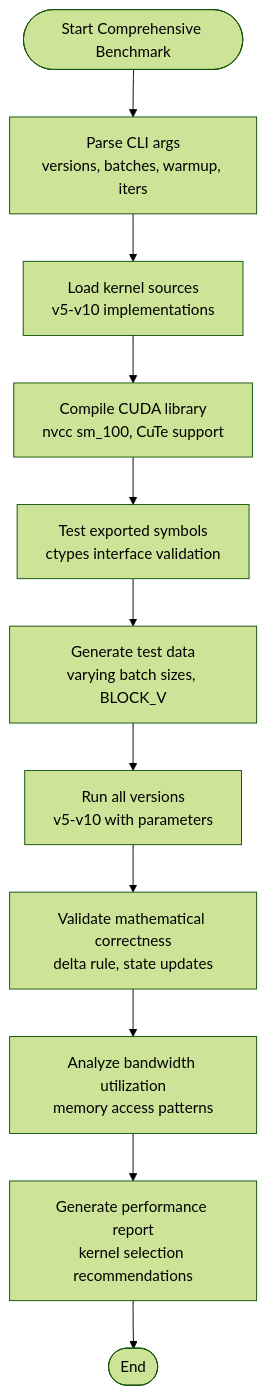
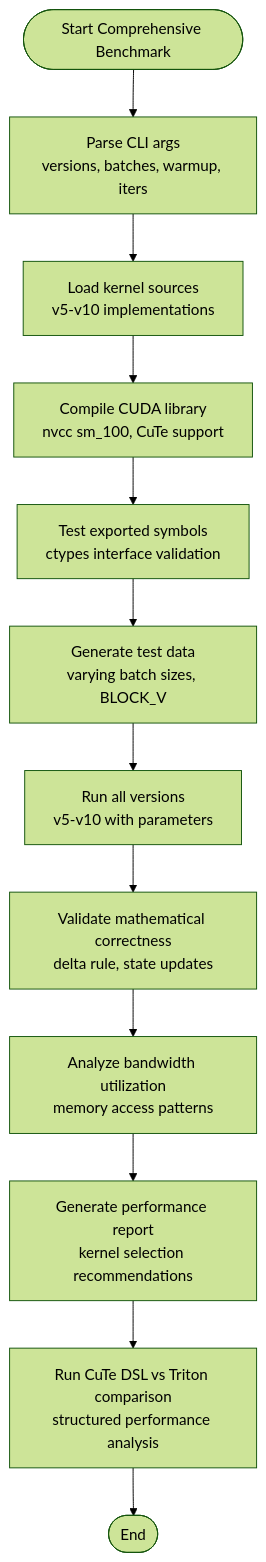
The third of 14 diagrams in .qoder/repowiki/en/content/Performance Analysis.md (gugudeshubao/flashinfer-bench-tma-thrust), drawn with Mermaid (forest theme) before and after one commit. The commit also changed other lines of this file and 25 other files, not shown here.

````diff
--- a/.qoder/repowiki/en/content/Performance Analysis.md
+++ b/.qoder/repowiki/en/content/Performance Analysis.md
@@ -254,13 +272,14 @@
 ```mermaid
 flowchart TD
 Start(["Start Comprehensive Benchmark"]) --> ParseArgs["Parse CLI args<br/>versions, batches, warmup, iters"]
 ParseArgs --> LoadSources["Load kernel sources<br/>v5-v10 implementations"]
 LoadSources --> CompileCUDA["Compile CUDA library<br/>nvcc sm_100, CuTe support"]
 CompileCUDA --> TestSymbols["Test exported symbols<br/>ctypes interface validation"]
 TestSymbols --> GenerateData["Generate test data<br/>varying batch sizes, BLOCK_V"]
 GenerateData --> RunVersions["Run all versions<br/>v5-v10 with parameters"]
 RunVersions --> ValidateCorrectness["Validate mathematical correctness<br/>delta rule, state updates"]
 ValidateCorrectness --> AnalyzeResults["Analyze bandwidth utilization<br/>memory access patterns"]
 AnalyzeResults --> GenerateReport["Generate performance report<br/>kernel selection recommendations"]
-GenerateReport --> End(["End"])
+GenerateReport --> PerfComparison["Run CuTe DSL vs Triton comparison<br/>structured performance analysis"]
+PerfComparison --> End(["End"])
 ```
````
